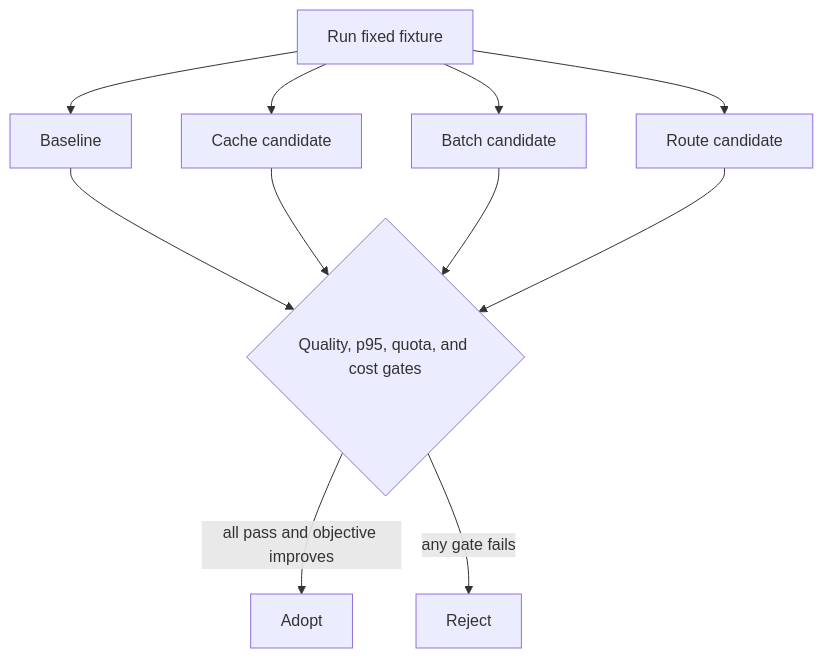
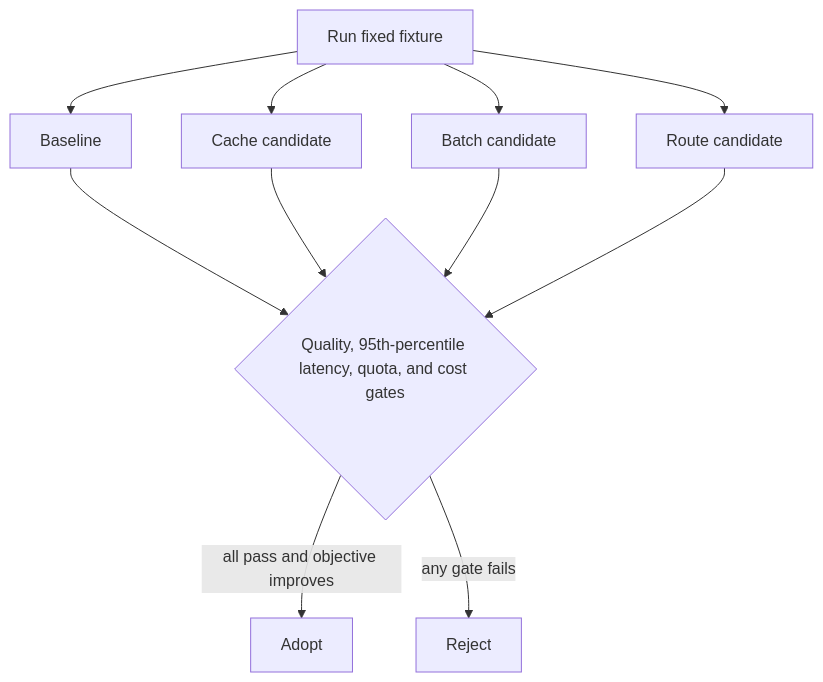
The third of 3 diagrams in modules/08-scale-economics-lifecycle/chapters/33-performance-cost-engineering.md (VikrantSingh01/Agentic_System_Design), drawn with Mermaid before and after one commit. The commit also changed other lines of this file and 2 other files, not shown here.

Commit message:
Improve Module 8 diagram accessibility

````diff
--- a/modules/08-scale-economics-lifecycle/chapters/33-performance-cost-engineering.md
+++ b/modules/08-scale-economics-lifecycle/chapters/33-performance-cost-engineering.md
@@ -114,13 +122,13 @@
 ```mermaid
 flowchart TD
     S[Run fixed fixture] --> B[Baseline]
     S --> C[Cache candidate]
     S --> H[Batch candidate]
     S --> M[Route candidate]
-    B --> G{Quality, p95, quota, and cost gates}
+    B --> G{Quality, 95th-percentile latency, quota, and cost gates}
     C --> G
     H --> G
     M --> G
     G -->|all pass and objective improves| A[Adopt]
     G -->|any gate fails| R[Reject]
 ```
````
